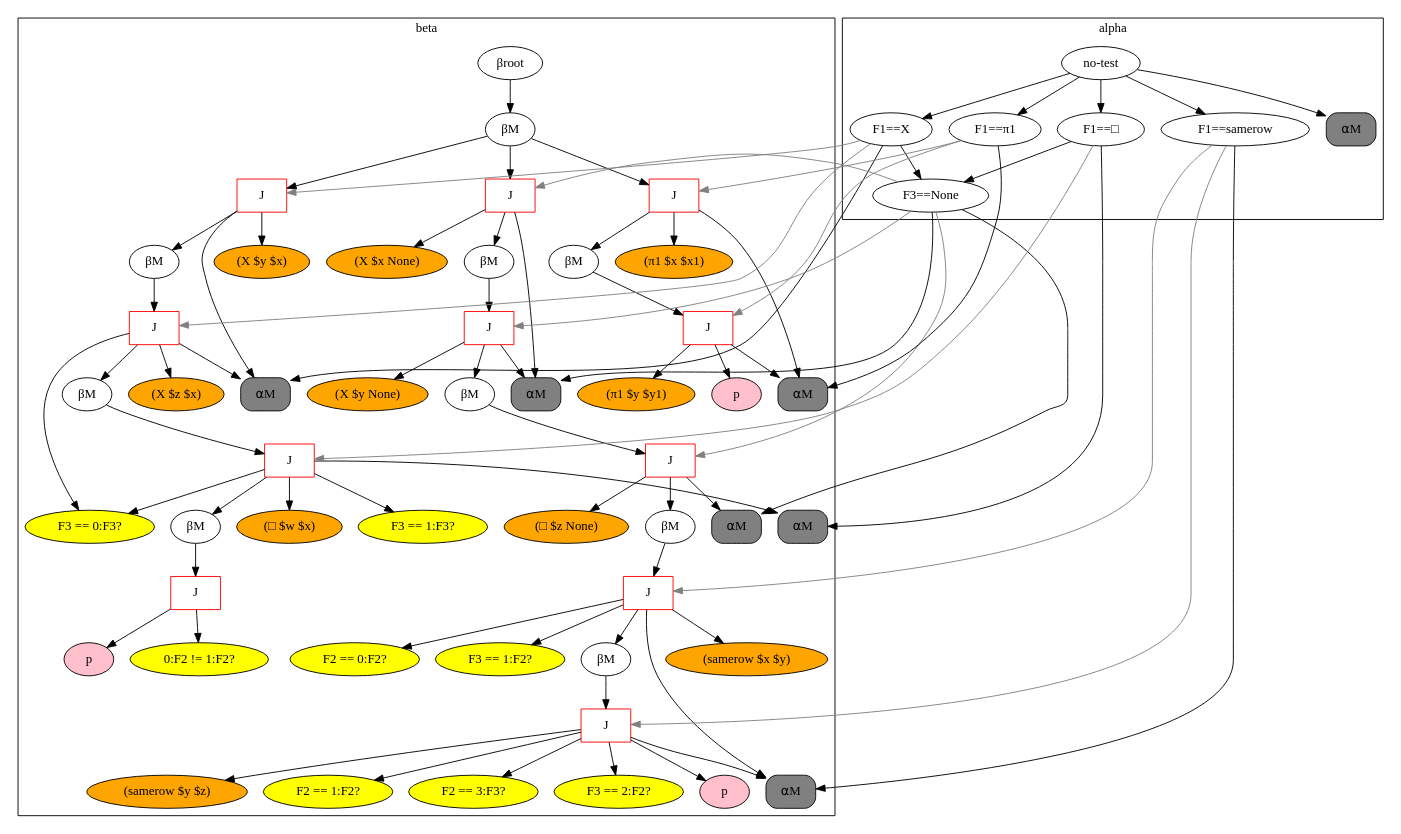
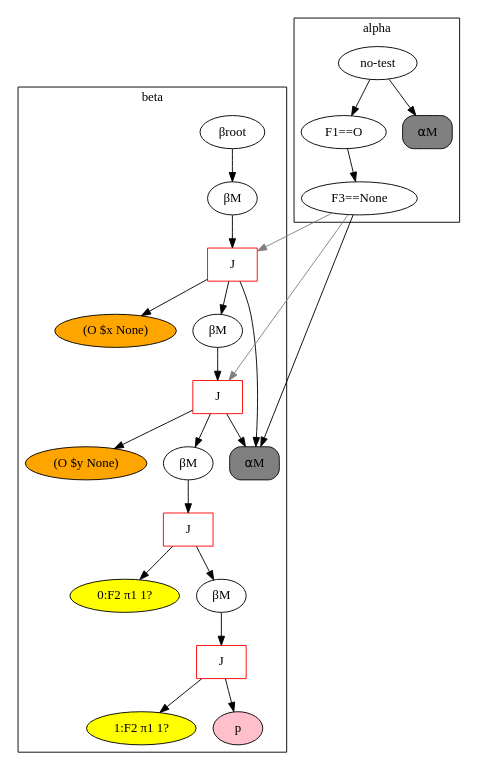
The diagram in rete.dot (Cybernetic1/GIRL), drawn with Graphviz before and after one commit. The commit also changed 6 other files, not shown here.

```diff
--- a/rete.dot
+++ b/rete.dot
@@ -1,133 +1,45 @@
 digraph {
 	subgraph cluster_1 {
 	label = beta
-	"BetaNode 0x7f15fa1f0dd8" [label="βroot"];
-	"BetaNode 0x7f15fa1f0dd8" -> "BetaMemory 0x7f15fa191630";
-	"BetaMemory 0x7f15fa191630" [label="βM"];
-	"BetaMemory 0x7f15fa191630" -> "JoinNode 0x7f15fa191710";
-	"JoinNode 0x7f15fa191710" [shape=box,color=red,label="J"];
-	"JoinNode 0x7f15fa191710" -> "⍺M:<rete.alpha.AlphaMemory object at 0x7f15fa1916d8>"
-	"(X $y $x)" [style=filled,fillcolor=orange];
-	"JoinNode 0x7f15fa191710" -> "(X $y $x)"
-	"JoinNode 0x7f15fa191710" -> "BetaMemory 0x7f15fa191748";
-	"BetaMemory 0x7f15fa191748" [label="βM"];
-	"BetaMemory 0x7f15fa191748" -> "JoinNode 0x7f15fa191780";
-	"JoinNode 0x7f15fa191780" [shape=box,color=red,label="J"];
-	"JoinNode 0x7f15fa191780" -> "⍺M:<rete.alpha.AlphaMemory object at 0x7f15fa1916d8>"
-	"(X $z $x)" [style=filled,fillcolor=orange];
-	"JoinNode 0x7f15fa191780" -> "(X $z $x)"
-	"F3 == 0:F3?" [style=filled,fillcolor=yellow];
-	"JoinNode 0x7f15fa191780" -> "F3 == 0:F3?"
-	"JoinNode 0x7f15fa191780" -> "BetaMemory 0x7f15fa1917b8";
-	"BetaMemory 0x7f15fa1917b8" [label="βM"];
-	"BetaMemory 0x7f15fa1917b8" -> "JoinNode 0x7f15fa191908";
-	"JoinNode 0x7f15fa191908" [shape=box,color=red,label="J"];
-	"JoinNode 0x7f15fa191908" -> "⍺M:<rete.alpha.AlphaMemory object at 0x7f15fa191860>"
-	"(□ $w $x)" [style=filled,fillcolor=orange];
-	"JoinNode 0x7f15fa191908" -> "(□ $w $x)"
-	"F3 == 0:F3?" [style=filled,fillcolor=yellow];
-	"JoinNode 0x7f15fa191908" -> "F3 == 0:F3?"
-	"F3 == 1:F3?" [style=filled,fillcolor=yellow];
-	"JoinNode 0x7f15fa191908" -> "F3 == 1:F3?"
-	"JoinNode 0x7f15fa191908" -> "BetaMemory 0x7f15fa191940";
-	"BetaMemory 0x7f15fa191940" [label="βM"];
-	"BetaMemory 0x7f15fa191940" -> "JoinNode 0x7f15fa191978";
-	"JoinNode 0x7f15fa191978" [shape=box,color=red,label="J"];
-	"0:F2 != 1:F2?" [style=filled,fillcolor=yellow];
-	"JoinNode 0x7f15fa191978" -> "0:F2 != 1:F2?"
-	"JoinNode 0x7f15fa191978" -> "PNode 0x7f15fa1915f8";
-	"PNode 0x7f15fa1915f8" [style=filled,fillcolor=pink,label="p"];
-	"BetaMemory 0x7f15fa191630" -> "JoinNode 0x7f15fa191b70";
-	"JoinNode 0x7f15fa191b70" [shape=box,color=red,label="J"];
-	"JoinNode 0x7f15fa191b70" -> "⍺M:<rete.alpha.AlphaMemory object at 0x7f15fa191b38>"
-	"(X $x None)" [style=filled,fillcolor=orange];
-	"JoinNode 0x7f15fa191b70" -> "(X $x None)"
-	"JoinNode 0x7f15fa191b70" -> "BetaMemory 0x7f15fa191ba8";
-	"BetaMemory 0x7f15fa191ba8" [label="βM"];
-	"BetaMemory 0x7f15fa191ba8" -> "JoinNode 0x7f15fa191be0";
-	"JoinNode 0x7f15fa191be0" [shape=box,color=red,label="J"];
-	"JoinNode 0x7f15fa191be0" -> "⍺M:<rete.alpha.AlphaMemory object at 0x7f15fa191b38>"
-	"(X $y None)" [style=filled,fillcolor=orange];
-	"JoinNode 0x7f15fa191be0" -> "(X $y None)"
-	"JoinNode 0x7f15fa191be0" -> "BetaMemory 0x7f15fa191c18";
-	"BetaMemory 0x7f15fa191c18" [label="βM"];
-	"BetaMemory 0x7f15fa191c18" -> "JoinNode 0x7f15fa191cc0";
-	"JoinNode 0x7f15fa191cc0" [shape=box,color=red,label="J"];
-	"JoinNode 0x7f15fa191cc0" -> "⍺M:<rete.alpha.AlphaMemory object at 0x7f15fa191c88>"
-	"(□ $z None)" [style=filled,fillcolor=orange];
-	"JoinNode 0x7f15fa191cc0" -> "(□ $z None)"
-	"JoinNode 0x7f15fa191cc0" -> "BetaMemory 0x7f15fa191cf8";
-	"BetaMemory 0x7f15fa191cf8" [label="βM"];
-	"BetaMemory 0x7f15fa191cf8" -> "JoinNode 0x7f15fa191e10";
-	"JoinNode 0x7f15fa191e10" [shape=box,color=red,label="J"];
-	"JoinNode 0x7f15fa191e10" -> "⍺M:<rete.alpha.AlphaMemory object at 0x7f15fa191d68>"
-	"(samerow $x $y)" [style=filled,fillcolor=orange];
-	"JoinNode 0x7f15fa191e10" -> "(samerow $x $y)"
-	"F2 == 0:F2?" [style=filled,fillcolor=yellow];
-	"JoinNode 0x7f15fa191e10" -> "F2 == 0:F2?"
-	"F3 == 1:F2?" [style=filled,fillcolor=yellow];
-	"JoinNode 0x7f15fa191e10" -> "F3 == 1:F2?"
-	"JoinNode 0x7f15fa191e10" -> "BetaMemory 0x7f15fa191e48";
-	"BetaMemory 0x7f15fa191e48" [label="βM"];
-	"BetaMemory 0x7f15fa191e48" -> "JoinNode 0x7f15fa191e80";
-	"JoinNode 0x7f15fa191e80" [shape=box,color=red,label="J"];
-	"JoinNode 0x7f15fa191e80" -> "⍺M:<rete.alpha.AlphaMemory object at 0x7f15fa191d68>"
-	"(samerow $y $z)" [style=filled,fillcolor=orange];
-	"JoinNode 0x7f15fa191e80" -> "(samerow $y $z)"
-	"F2 == 1:F2?" [style=filled,fillcolor=yellow];
-	"JoinNode 0x7f15fa191e80" -> "F2 == 1:F2?"
-	"F2 == 3:F3?" [style=filled,fillcolor=yellow];
-	"JoinNode 0x7f15fa191e80" -> "F2 == 3:F3?"
-	"F3 == 2:F2?" [style=filled,fillcolor=yellow];
-	"JoinNode 0x7f15fa191e80" -> "F3 == 2:F2?"
-	"JoinNode 0x7f15fa191e80" -> "PNode 0x7f15fa191ac8";
-	"PNode 0x7f15fa191ac8" [style=filled,fillcolor=pink,label="p"];
-	"BetaMemory 0x7f15fa191630" -> "JoinNode 0x7f15fa1990b8";
-	"JoinNode 0x7f15fa1990b8" [shape=box,color=red,label="J"];
-	"JoinNode 0x7f15fa1990b8" -> "⍺M:<rete.alpha.AlphaMemory object at 0x7f15fa199080>"
-	"(π1 $x $x1)" [style=filled,fillcolor=orange];
-	"JoinNode 0x7f15fa1990b8" -> "(π1 $x $x1)"
-	"JoinNode 0x7f15fa1990b8" -> "BetaMemory 0x7f15fa1990f0";
-	"BetaMemory 0x7f15fa1990f0" [label="βM"];
-	"BetaMemory 0x7f15fa1990f0" -> "JoinNode 0x7f15fa199128";
-	"JoinNode 0x7f15fa199128" [shape=box,color=red,label="J"];
-	"JoinNode 0x7f15fa199128" -> "⍺M:<rete.alpha.AlphaMemory object at 0x7f15fa199080>"
-	"(π1 $y $y1)" [style=filled,fillcolor=orange];
-	"JoinNode 0x7f15fa199128" -> "(π1 $y $y1)"
-	"JoinNode 0x7f15fa199128" -> "PNode 0x7f15fa191fd0";
-	"PNode 0x7f15fa191fd0" [style=filled,fillcolor=pink,label="p"];
+	"BetaNode 0x7f4659662ba8" [label="βroot"];
+	"BetaNode 0x7f4659662ba8" -> "BetaMemory 0x7f4659690048";
+	"BetaMemory 0x7f4659690048" [label="βM"];
+	"BetaMemory 0x7f4659690048" -> "JoinNode 0x7f4659690160";
+	"JoinNode 0x7f4659690160" [shape=box,color=red,label="J"];
+	"JoinNode 0x7f4659690160" -> "⍺M:<rete.alpha.AlphaMemory object at 0x7f4659690128>"
+	"(O $x None)" [style=filled,fillcolor=orange];
+	"JoinNode 0x7f4659690160" -> "(O $x None)"
+	"JoinNode 0x7f4659690160" -> "BetaMemory 0x7f4659690198";
+	"BetaMemory 0x7f4659690198" [label="βM"];
+	"BetaMemory 0x7f4659690198" -> "JoinNode 0x7f46596901d0";
+	"JoinNode 0x7f46596901d0" [shape=box,color=red,label="J"];
+	"JoinNode 0x7f46596901d0" -> "⍺M:<rete.alpha.AlphaMemory object at 0x7f4659690128>"
+	"(O $y None)" [style=filled,fillcolor=orange];
+	"JoinNode 0x7f46596901d0" -> "(O $y None)"
+	"JoinNode 0x7f46596901d0" -> "BetaMemory 0x7f4659690208";
+	"BetaMemory 0x7f4659690208" [label="βM"];
+	"BetaMemory 0x7f4659690208" -> "JoinNode 0x7f4659690240";
+	"JoinNode 0x7f4659690240" [shape=box,color=red,label="J"];
+	"0:F2 π1 1?" [style=filled,fillcolor=yellow];
+	"JoinNode 0x7f4659690240" -> "0:F2 π1 1?"
+	"JoinNode 0x7f4659690240" -> "BetaMemory 0x7f46596902b0";
+	"BetaMemory 0x7f46596902b0" [label="βM"];
+	"BetaMemory 0x7f46596902b0" -> "JoinNode 0x7f46596902e8";
+	"JoinNode 0x7f46596902e8" [shape=box,color=red,label="J"];
+	"1:F2 π1 1?" [style=filled,fillcolor=yellow];
+	"JoinNode 0x7f46596902e8" -> "1:F2 π1 1?"
+	"JoinNode 0x7f46596902e8" -> "PNode 0x7f4659686fd0";
+	"PNode 0x7f4659686fd0" [style=filled,fillcolor=pink,label="p"];
 	}
 	subgraph cluster_0 {
 	label = alpha
-	"no-test" -> "F1==X";
-	"F1==X" -> "F3==None";
-	"F3==None" -> "⍺M:<rete.alpha.AlphaMemory object at 0x7f15fa191b38>";
-	"⍺M:<rete.alpha.AlphaMemory object at 0x7f15fa191b38>" [shape=box, style="rounded,filled", label="⍺M", fillcolor=gray];
-	"F1==X" -> "⍺M:<rete.alpha.AlphaMemory object at 0x7f15fa1916d8>";
-	"⍺M:<rete.alpha.AlphaMemory object at 0x7f15fa1916d8>" [shape=box, style="rounded,filled", label="⍺M", fillcolor=gray];
-	"no-test" -> "F1==□";
-	"F1==□" -> "F3==None";
-	"F3==None" -> "⍺M:<rete.alpha.AlphaMemory object at 0x7f15fa191c88>";
-	"⍺M:<rete.alpha.AlphaMemory object at 0x7f15fa191c88>" [shape=box, style="rounded,filled", label="⍺M", fillcolor=gray];
-	"F1==□" -> "⍺M:<rete.alpha.AlphaMemory object at 0x7f15fa191860>";
-	"⍺M:<rete.alpha.AlphaMemory object at 0x7f15fa191860>" [shape=box, style="rounded,filled", label="⍺M", fillcolor=gray];
-	"no-test" -> "F1==samerow";
-	"F1==samerow" -> "⍺M:<rete.alpha.AlphaMemory object at 0x7f15fa191d68>";
-	"⍺M:<rete.alpha.AlphaMemory object at 0x7f15fa191d68>" [shape=box, style="rounded,filled", label="⍺M", fillcolor=gray];
-	"no-test" -> "F1==π1";
-	"F1==π1" -> "⍺M:<rete.alpha.AlphaMemory object at 0x7f15fa199080>";
-	"⍺M:<rete.alpha.AlphaMemory object at 0x7f15fa199080>" [shape=box, style="rounded,filled", label="⍺M", fillcolor=gray];
-	"no-test" -> "⍺M:<rete.alpha.AlphaMemory object at 0x7f15fa1f0cf8>";
-	"⍺M:<rete.alpha.AlphaMemory object at 0x7f15fa1f0cf8>" [shape=box, style="rounded,filled", label="⍺M", fillcolor=gray];
+	"no-test" -> "F1==O";
+	"F1==O" -> "F3==None";
+	"F3==None" -> "⍺M:<rete.alpha.AlphaMemory object at 0x7f4659690128>";
+	"⍺M:<rete.alpha.AlphaMemory object at 0x7f4659690128>" [shape=box, style="rounded,filled", label="⍺M", fillcolor=gray];
+	"no-test" -> "⍺M:<rete.alpha.AlphaMemory object at 0x7f4659662860>";
+	"⍺M:<rete.alpha.AlphaMemory object at 0x7f4659662860>" [shape=box, style="rounded,filled", label="⍺M", fillcolor=gray];
 	}
-	"F1==X" -> "JoinNode 0x7f15fa191710" [color=gray];
-	"F1==X" -> "JoinNode 0x7f15fa191780" [color=gray];
-	"F3==None" -> "JoinNode 0x7f15fa191b70" [color=gray];
-	"F3==None" -> "JoinNode 0x7f15fa191be0" [color=gray];
-	"F1==□" -> "JoinNode 0x7f15fa191908" [color=gray];
-	"F3==None" -> "JoinNode 0x7f15fa191cc0" [color=gray];
-	"F1==samerow" -> "JoinNode 0x7f15fa191e10" [color=gray];
-	"F1==samerow" -> "JoinNode 0x7f15fa191e80" [color=gray];
-	"F1==π1" -> "JoinNode 0x7f15fa1990b8" [color=gray];
-	"F1==π1" -> "JoinNode 0x7f15fa199128" [color=gray];
+	"F3==None" -> "JoinNode 0x7f4659690160" [color=gray];
+	"F3==None" -> "JoinNode 0x7f46596901d0" [color=gray];
 }
```
